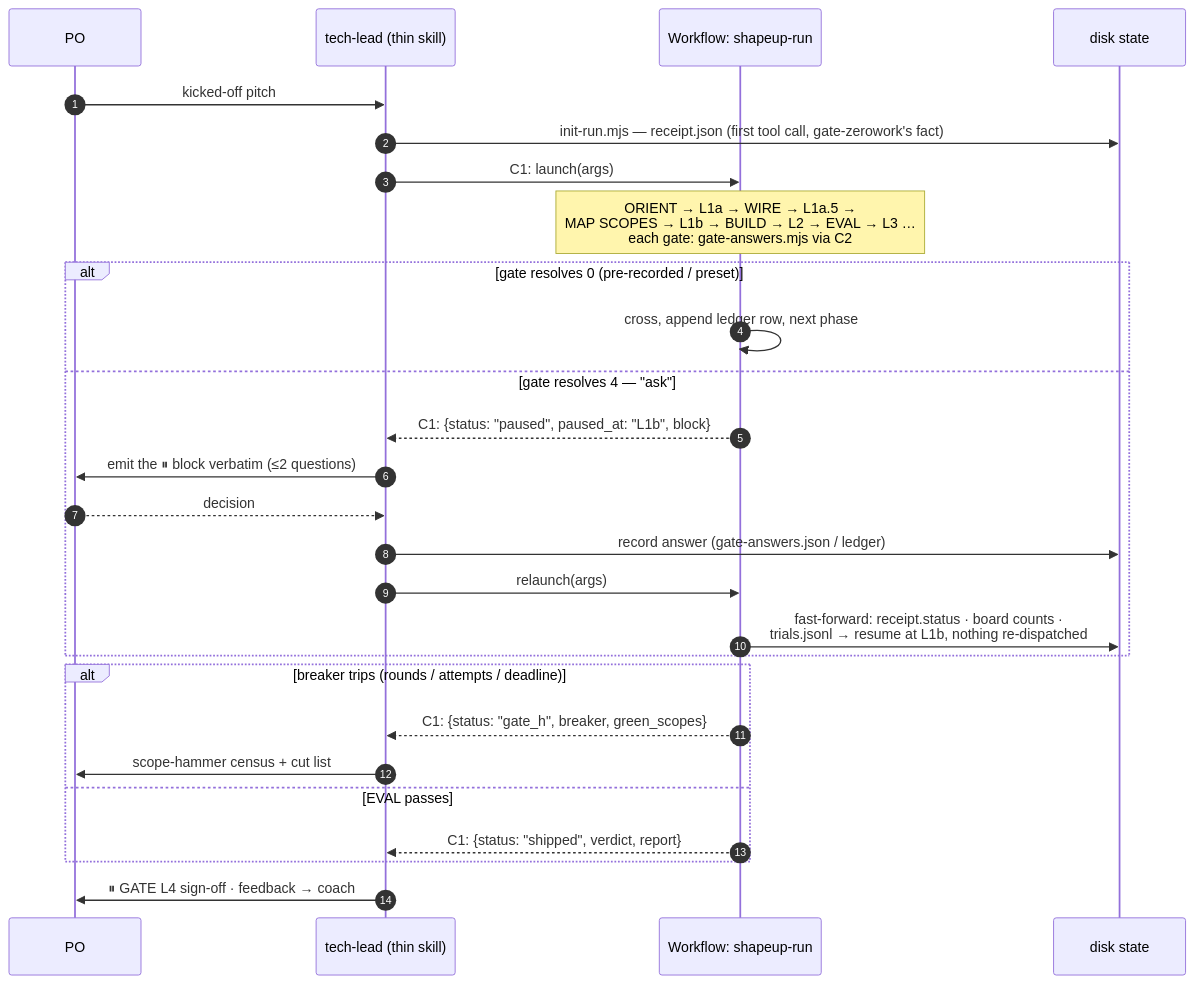
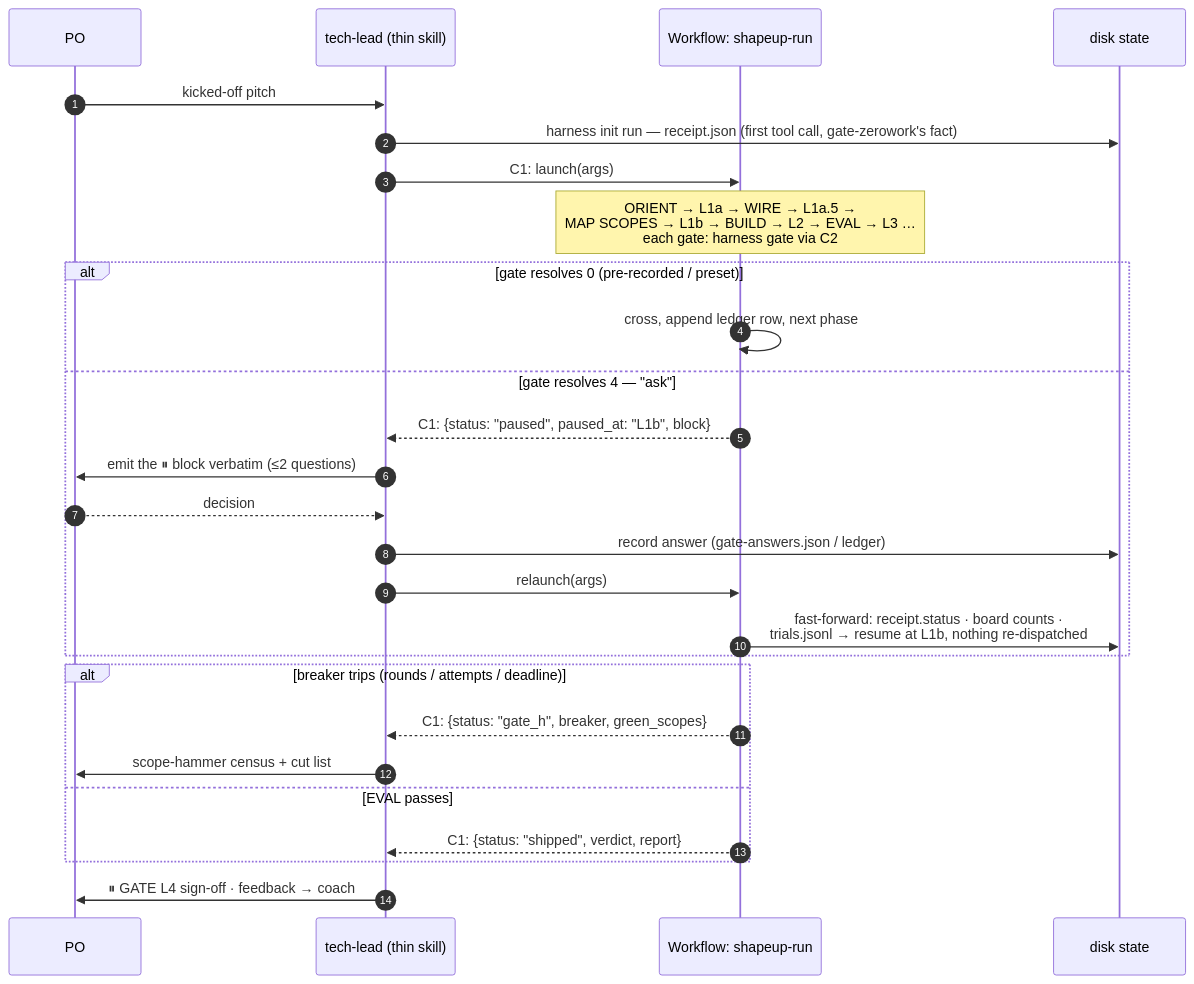
Before and after one commit to nguyenvanphituoc/shapeup-sdlc-plugin: the third of 4 diagrams in docs/design/workflow_architecture_design.md, drawn with Mermaid. The commit also changed other lines of this file and 113 other files, not shown here.

````diff
--- a/docs/design/workflow_architecture_design.md
+++ b/docs/design/workflow_architecture_design.md
@@ -209,30 +209,30 @@
 ```mermaid
 sequenceDiagram
   autonumber
   participant PO
   participant TL as tech-lead (thin skill)
   participant WF as Workflow: shapeup-run
   participant D as disk state
 
   PO->>TL: kicked-off pitch
-  TL->>D: init-run.mjs — receipt.json (first tool call, gate-zerowork's fact)
+  TL->>D: harness init run — receipt.json (first tool call, gate-zerowork's fact)
   TL->>WF: C1: launch(args)
-  Note over WF: ORIENT → L1a → WIRE → L1a.5 →<br/>MAP SCOPES → L1b → BUILD → L2 → EVAL → L3 …<br/>each gate: gate-answers.mjs via C2
+  Note over WF: ORIENT → L1a → WIRE → L1a.5 →<br/>MAP SCOPES → L1b → BUILD → L2 → EVAL → L3 …<br/>each gate: harness gate via C2
   alt gate resolves 0 (pre-recorded / preset)
     WF->>WF: cross, append ledger row, next phase
   else gate resolves 4 — "ask"
     WF-->>TL: C1: {status: "paused", paused_at: "L1b", block}
     TL->>PO: emit the ⏸ block verbatim (≤2 questions)
     PO-->>TL: decision
     TL->>D: record answer (gate-answers.json / ledger)
     TL->>WF: relaunch(args)
     WF->>D: fast-forward: receipt.status · board counts ·<br/>trials.jsonl → resume at L1b, nothing re-dispatched
   end
   alt breaker trips (rounds / attempts / deadline)
     WF-->>TL: C1: {status: "gate_h", breaker, green_scopes}
     TL->>PO: scope-hammer census + cut list
   else EVAL passes
     WF-->>TL: C1: {status: "shipped", verdict, report}
   end
   TL->>PO: ⏸ GATE L4 sign-off · feedback → coach
 ```
````
